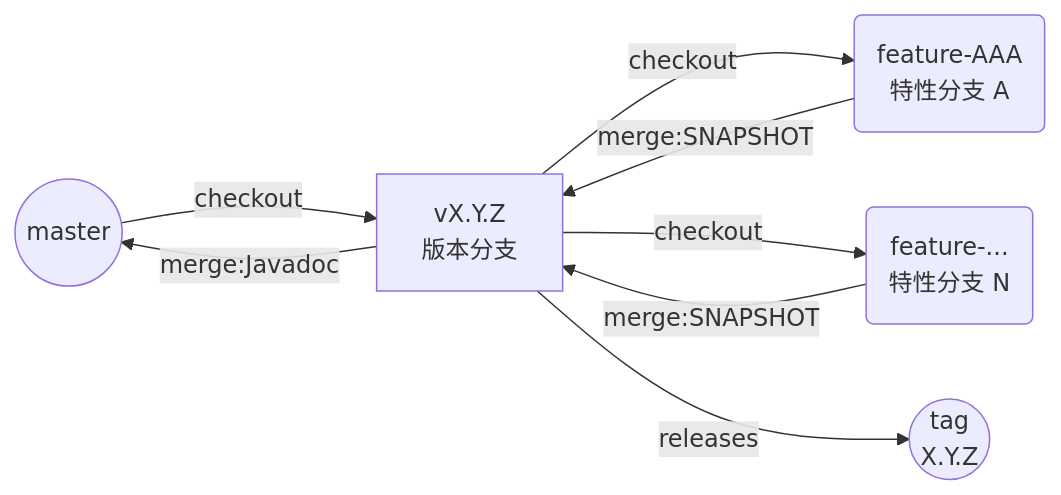
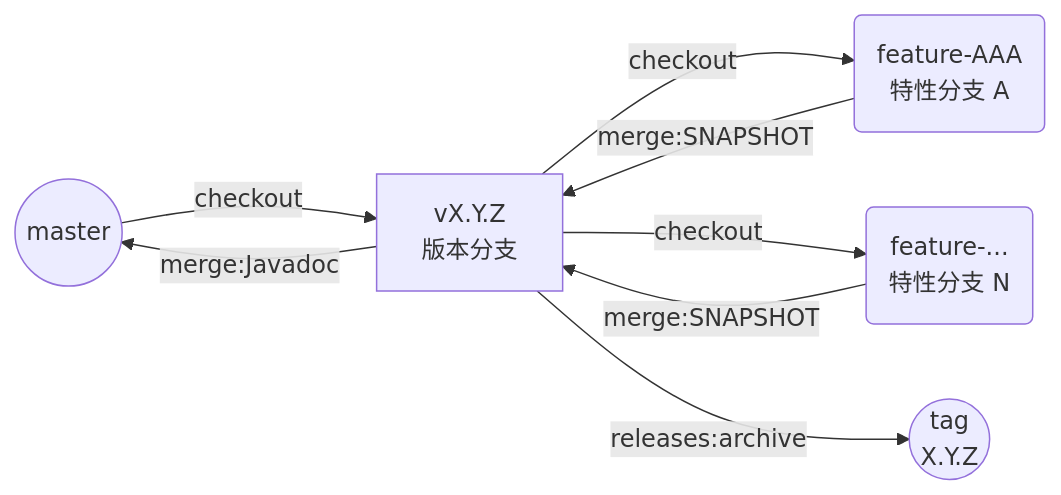
Before and after one commit to EXP-Codes/exp-libs-refactor: the first of 2 diagrams in DevSOP.md, drawn with Mermaid.

Commit message:
更新分支示意图

````diff
--- a/DevSOP.md
+++ b/DevSOP.md
@@ -28,10 +28,10 @@
 ```mermaid
 graph LR
     master((master)) -- checkout --> version[vX.Y.Z<br/>版本分支]
     version -- checkout --> featureA(feature-AAA<br/>特性分支 A)
     version -- checkout --> featureN(feature-...<br/>特性分支 N)
     featureA -- merge:SNAPSHOT --> version
     featureN -- merge:SNAPSHOT --> version
     version -- merge:Javadoc --> master
-    version -- releases --> tag((tag<br/>X.Y.Z))
+    version -- releases:archive --> tag((tag<br/>X.Y.Z))
 ```
````
